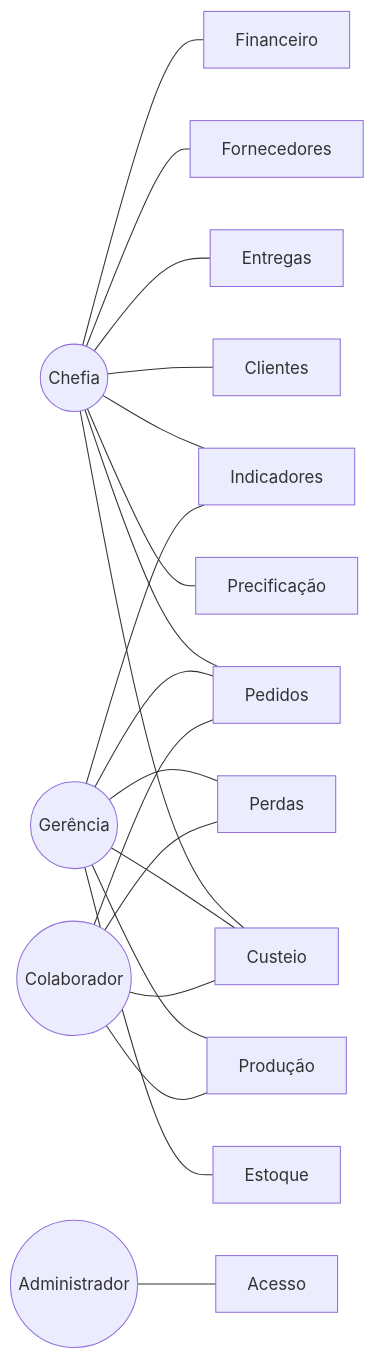
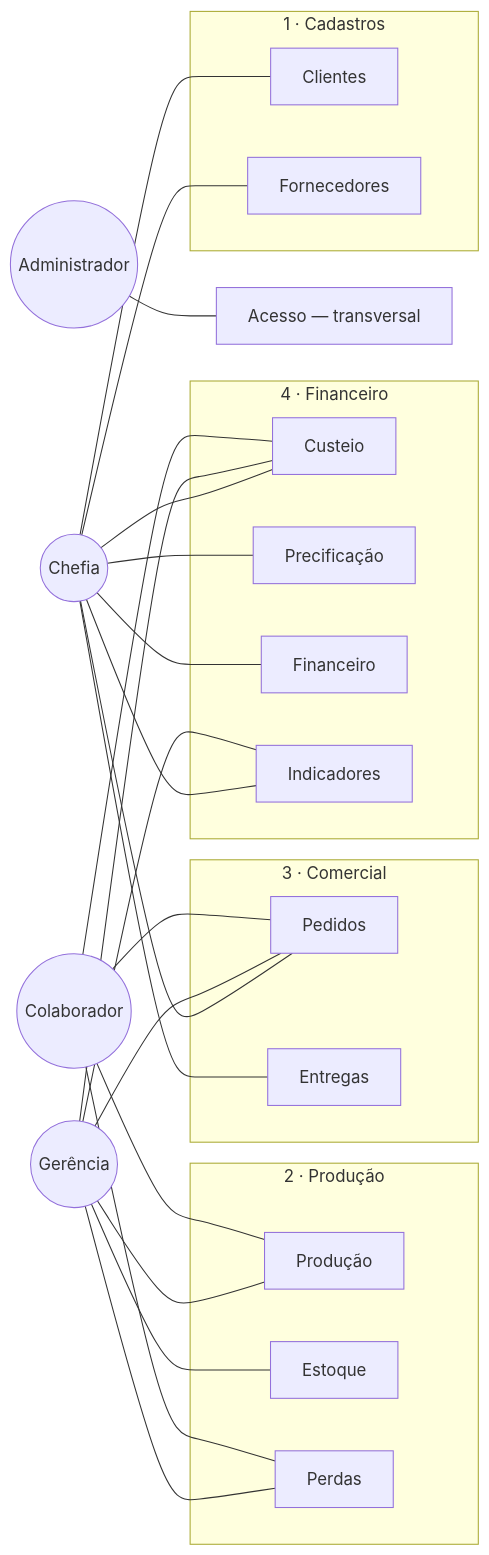
The first of 5 diagrams in docs/engenharia/C-modelagem/C1-diagrama-casos-de-uso.md (JoaoMudar/mudar), drawn with Mermaid before and after one commit. The commit also changed other lines of this file and 69 other files, not shown here.

````diff
--- a/docs/engenharia/C-modelagem/C1-diagrama-casos-de-uso.md
+++ b/docs/engenharia/C-modelagem/C1-diagrama-casos-de-uso.md
@@ -40,43 +40,51 @@
 ```mermaid
 graph LR
   CH(("Chefia"))
   GE(("Gerência"))
   CO(("Colaborador"))
   AD(("Administrador"))
 
-  S1["Custeio"]
-  S2["Produção"]
-  S3["Estoque"]
-  S4["Perdas"]
-  S5["Precificação"]
-  S6["Clientes"]
-  S7["Pedidos"]
-  S8["Entregas"]
-  S9["Fornecedores"]
-  S10["Financeiro"]
-  S11["Indicadores"]
-  S12["Acesso"]
+  subgraph M1["1 · Cadastros"]
+    S6["Clientes"]
+    S9["Fornecedores"]
+  end
+  subgraph M2["2 · Produção"]
+    S2["Produção"]
+    S3["Estoque"]
+    S4["Perdas"]
+  end
+  subgraph M3["3 · Comercial"]
+    S7["Pedidos"]
+    S8["Entregas"]
+  end
+  subgraph M4["4 · Financeiro"]
+    S1["Custeio"]
+    S5["Precificação"]
+    S10["Financeiro"]
+    S11["Indicadores"]
+  end
+  S12["Acesso &mdash; transversal"]
 
   CH --- S1
   CH --- S5
   CH --- S6
   CH --- S7
   CH --- S8
   CH --- S9
   CH --- S10
   CH --- S11
 
   GE --- S1
   GE --- S2
   GE --- S3
   GE --- S4
   GE --- S7
   GE --- S11
 
   CO --- S1
   CO --- S2
   CO --- S4
   CO --- S7
 
   AD --- S12
 ```
````
